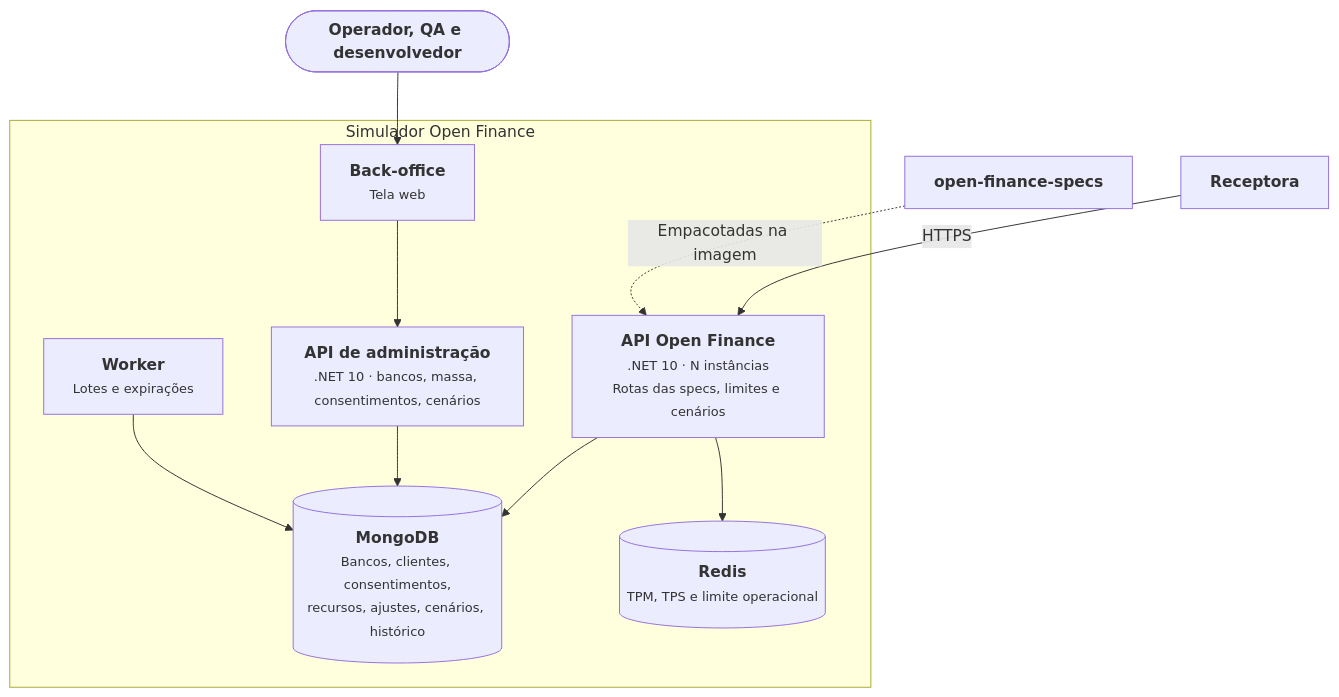
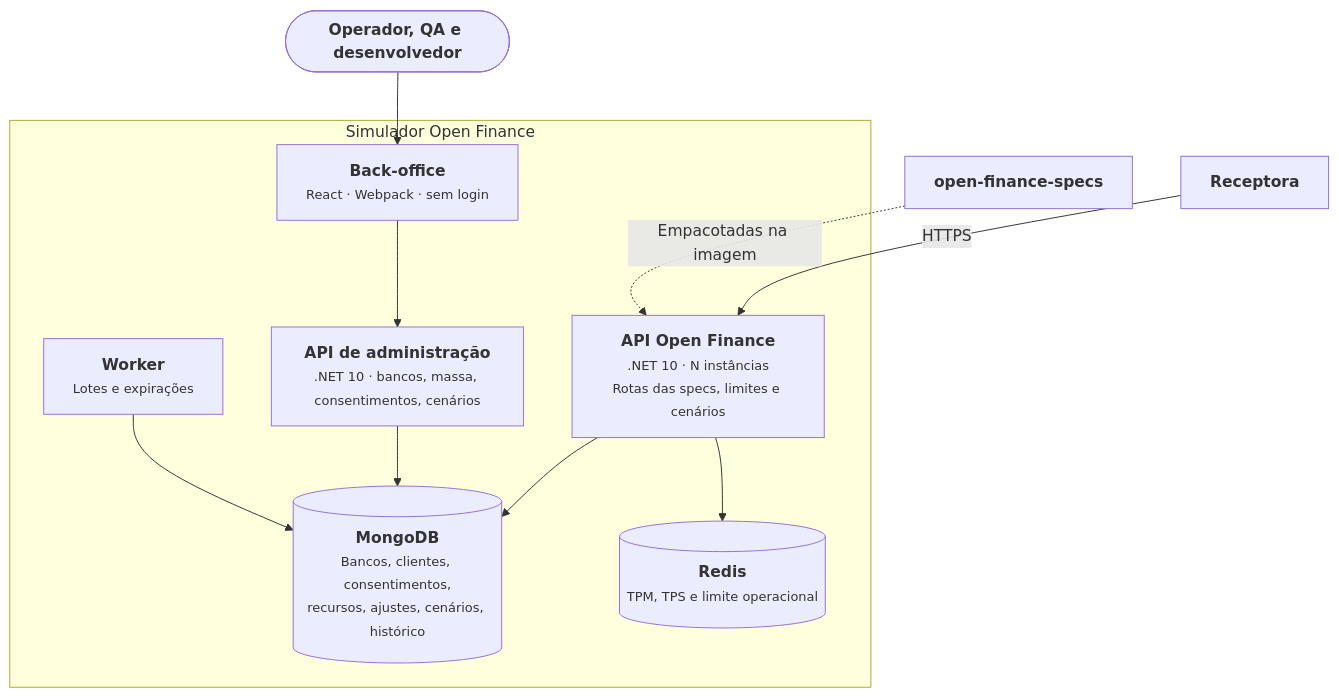
One commit to marcelosotto/open-finance-simulator changed the diagram in docs/02-arquitetura/c4/C2-conteineres.md. Above: the diagram before and after it, drawn with Mermaid. The commit also changed 11 other files, not shown here.

````diff
--- a/docs/02-arquitetura/c4/C2-conteineres.md
+++ b/docs/02-arquitetura/c4/C2-conteineres.md
@@ -5,23 +5,23 @@
 ```mermaid
 flowchart TB
   rec["<b>Receptora</b>"]
   user(["<b>Operador, QA e desenvolvedor</b>"])
 
   subgraph sim["Simulador Open Finance"]
     api["<b>API Open Finance</b><br/><small>.NET 10 · N instâncias<br/>Rotas das specs, limites e cenários</small>"]
     admin["<b>API de administração</b><br/><small>.NET 10 · bancos, massa, consentimentos, cenários</small>"]
-    bo["<b>Back-office</b><br/><small>Tela web</small>"]
+    bo["<b>Back-office</b><br/><small>React · Webpack · sem login</small>"]
     worker["<b>Worker</b><br/><small>Lotes e expirações</small>"]
     mongo[("<b>MongoDB</b><br/><small>Bancos, clientes, consentimentos,<br/>recursos, ajustes, cenários, histórico</small>")]
     redis[("<b>Redis</b><br/><small>TPM, TPS e limite operacional</small>")]
   end
   specs["<b>open-finance-specs</b>"]
 
   rec -->|"HTTPS"| api
   user --> bo --> admin
   api --> mongo
   api --> redis
   admin --> mongo
   worker --> mongo
   specs -.->|"Empacotadas na imagem"| api
 ```
````
